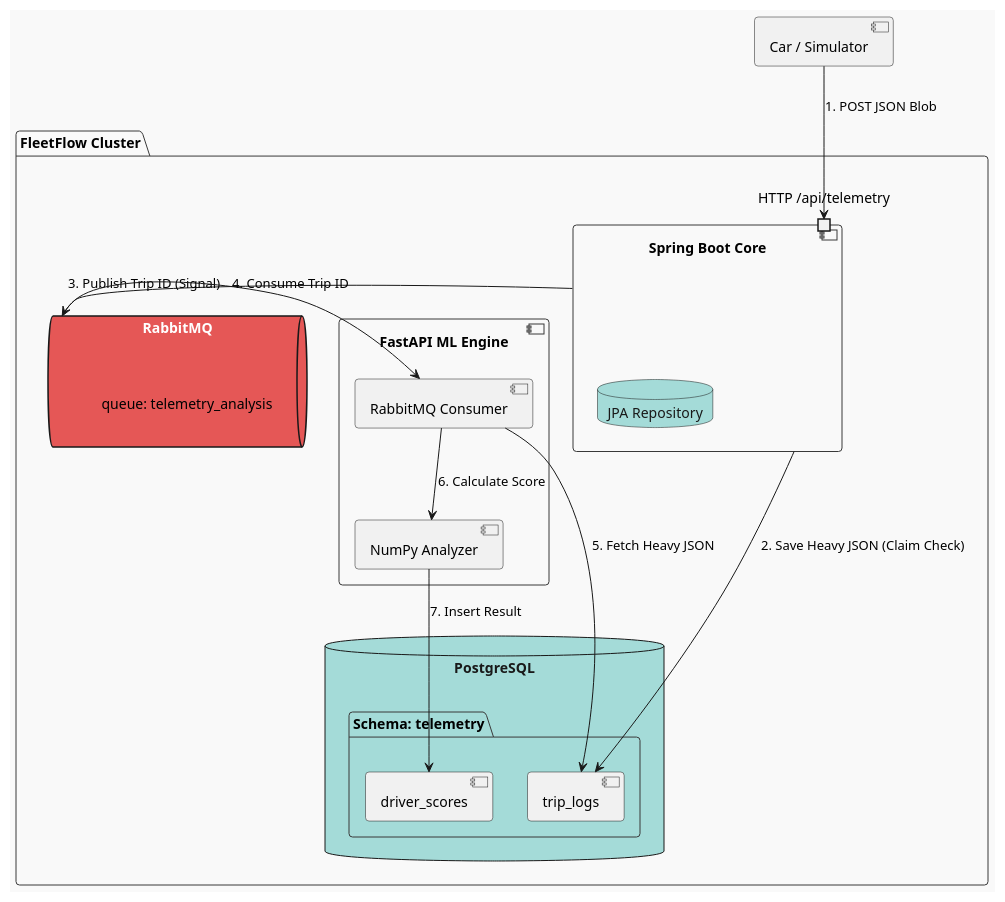
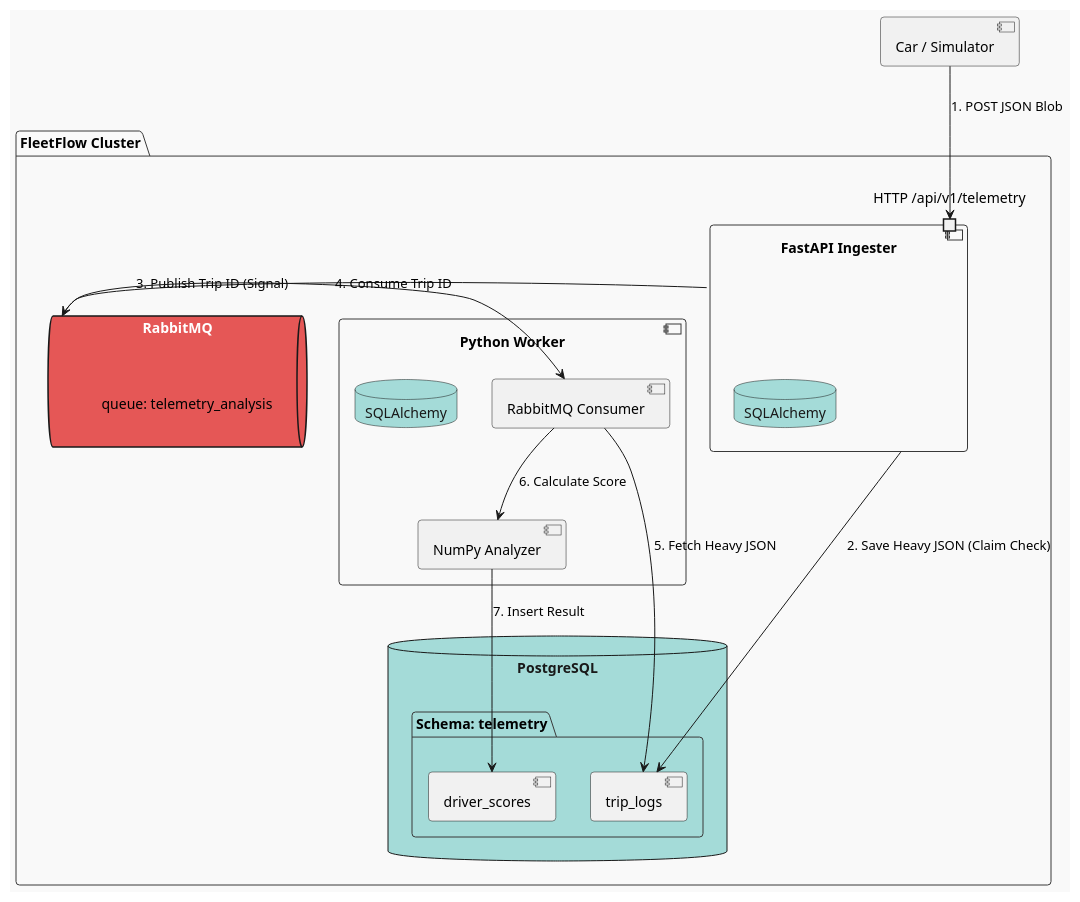
One commit to Project-Be-Better/project-fleetflow changed the diagram in documentation/architecture/telemetry_components.puml. Above: the diagram before and after it, drawn with PlantUML. The commit also changed 5 other files, not shown here.

```diff
--- a/documentation/architecture/telemetry_components.puml
+++ b/documentation/architecture/telemetry_components.puml
@@ -1,42 +1,43 @@
 @startuml
 !theme mars
 
 package "FleetFlow Cluster" {
 
-    ' The Java Side
-    component "Spring Boot Core" as java_service {
-        port "HTTP /api/telemetry" as ingester
-        database "JPA Repository" as repo
+    ' The Ingestion Side
+    component "FastAPI Ingester" as api_service {
+        port "HTTP /api/v1/telemetry" as ingester
+        database "SQLAlchemy" as api_orm
     }
 
-    ' The Python Side
-    component "FastAPI ML Engine" as python_service {
+    ' The Analysis Side
+    component "Python Worker" as worker_service {
         component "RabbitMQ Consumer" as worker
         component "NumPy Analyzer" as math
+        database "SQLAlchemy" as worker_orm
     }
 
     ' Middleware
     queue "RabbitMQ" as queue {
         label "queue: telemetry_analysis"
     }
 
     ' Database
     database "PostgreSQL" as db {
         folder "Schema: telemetry" {
             [trip_logs]
             [driver_scores]
         }
     }
 }
 
 ' Data Flow
 [Car / Simulator] --> ingester : 1. POST JSON Blob
-java_service --> [trip_logs] : 2. Save Heavy JSON (Claim Check)
-java_service -r-> queue : 3. Publish Trip ID (Signal)
+api_service --> [trip_logs] : 2. Save Heavy JSON (Claim Check)
+api_service -r-> queue : 3. Publish Trip ID (Signal)
 
 queue -r-> worker : 4. Consume Trip ID
 worker --> [trip_logs] : 5. Fetch Heavy JSON
 worker --> math : 6. Calculate Score
 math --> [driver_scores] : 7. Insert Result
 
 @enduml
```
